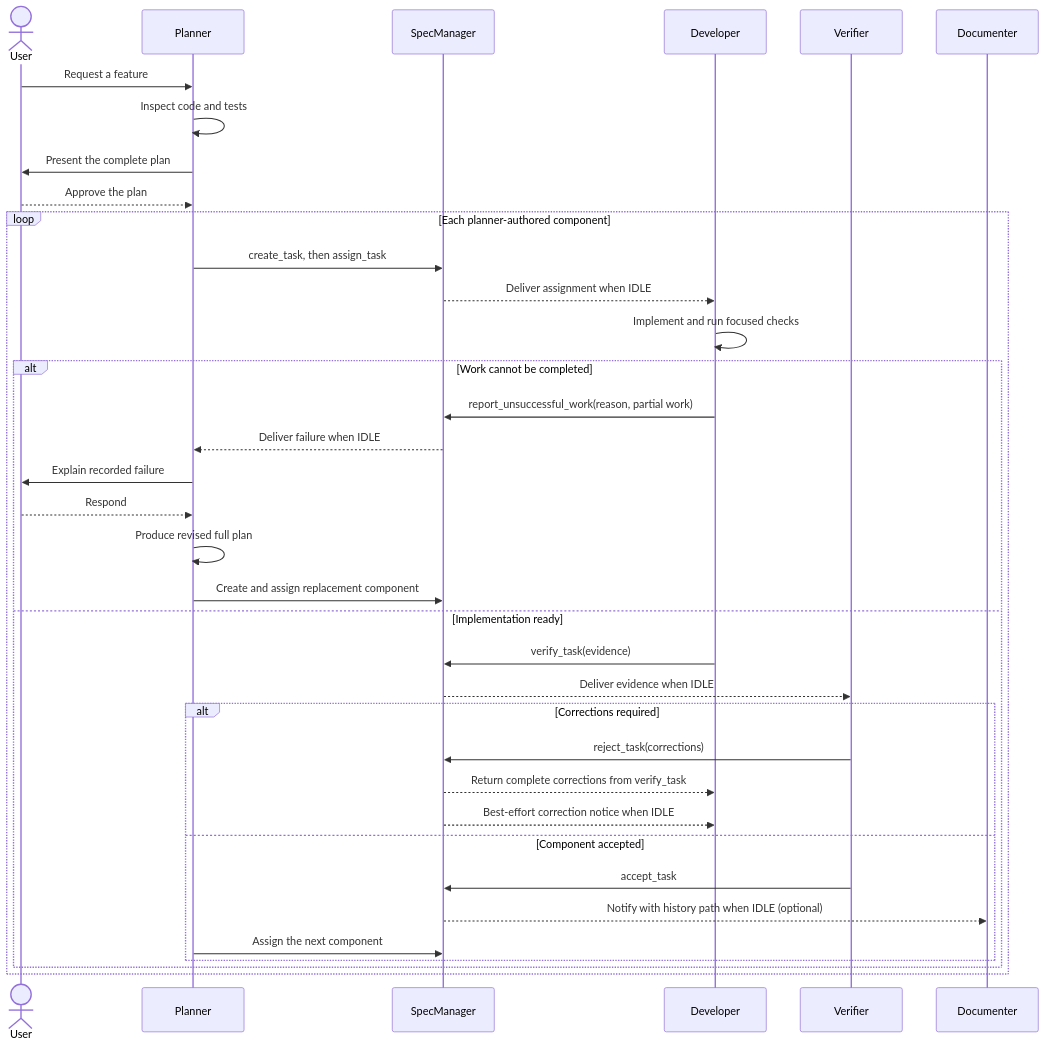
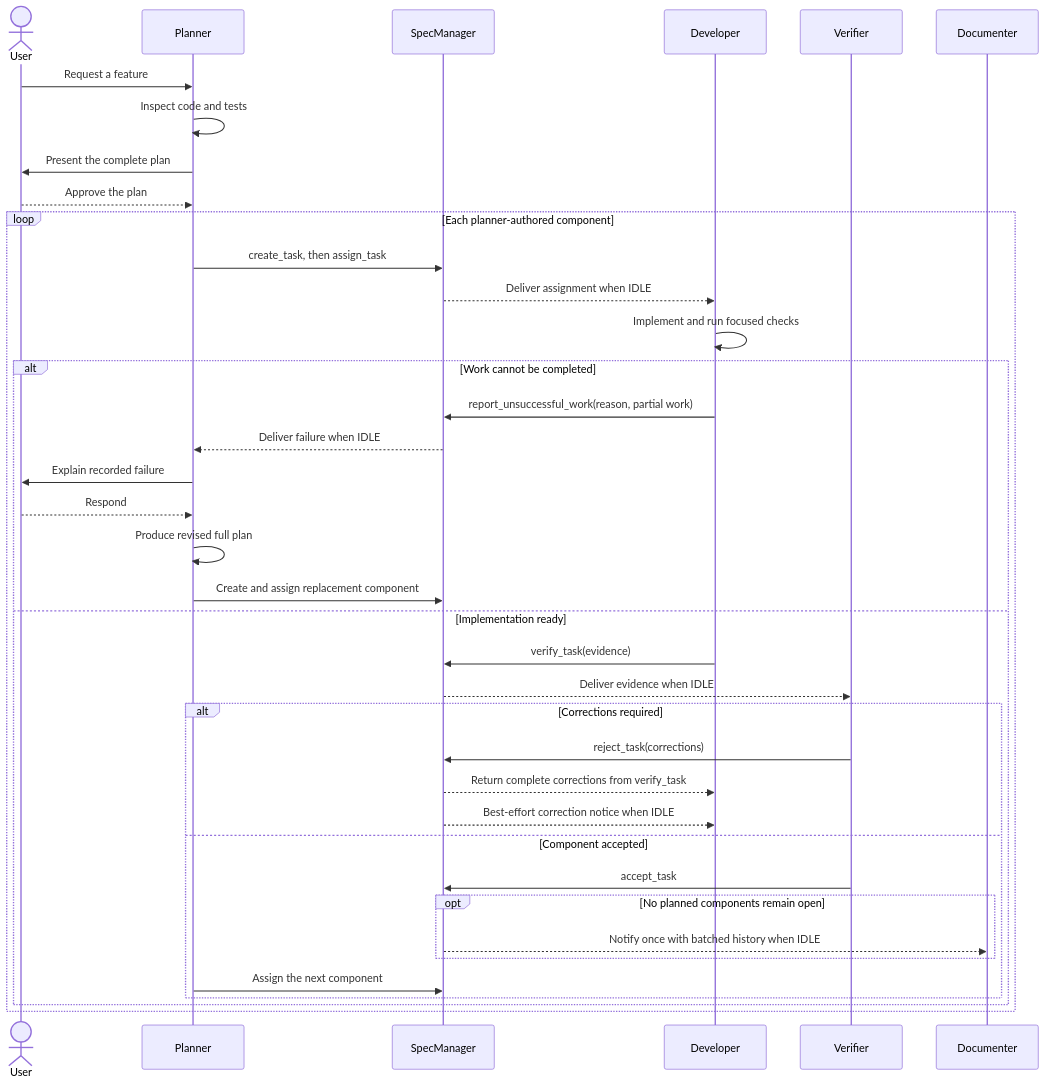
The diagram in example/SPEC_MANAGER_WORKFLOW.md (nullspace1/pairo-loops), drawn with Mermaid before and after one commit. The commit also changed other lines of this file and 30 other files, not shown here.

````diff
--- a/example/SPEC_MANAGER_WORKFLOW.md
+++ b/example/SPEC_MANAGER_WORKFLOW.md
@@ -27,39 +27,41 @@
 ```mermaid
 sequenceDiagram
     actor User
     participant Planner
     participant SpecManager
     participant Developer
     participant Verifier
     participant Documenter
 
     User->>Planner: Request a feature
     Planner->>Planner: Inspect code and tests
     Planner->>User: Present the complete plan
     User-->>Planner: Approve the plan
     loop Each planner-authored component
         Planner->>SpecManager: create_task, then assign_task
         SpecManager-->>Developer: Deliver assignment when IDLE
         Developer->>Developer: Implement and run focused checks
         alt Work cannot be completed
             Developer->>SpecManager: report_unsuccessful_work(reason, partial work)
             SpecManager-->>Planner: Deliver failure when IDLE
             Planner->>User: Explain recorded failure
             User-->>Planner: Respond
             Planner->>Planner: Produce revised full plan
             Planner->>SpecManager: Create and assign replacement component
         else Implementation ready
             Developer->>SpecManager: verify_task(evidence)
             SpecManager-->>Verifier: Deliver evidence when IDLE
             alt Corrections required
                 Verifier->>SpecManager: reject_task(corrections)
                 SpecManager-->>Developer: Return complete corrections from verify_task
                 SpecManager-->>Developer: Best-effort correction notice when IDLE
             else Component accepted
                 Verifier->>SpecManager: accept_task
-                SpecManager-->>Documenter: Notify with history path when IDLE (optional)
+                opt No planned components remain open
+                    SpecManager-->>Documenter: Notify once with batched history when IDLE
+                end
                 Planner->>SpecManager: Assign the next component
             end
         end
     end
 ```
````
